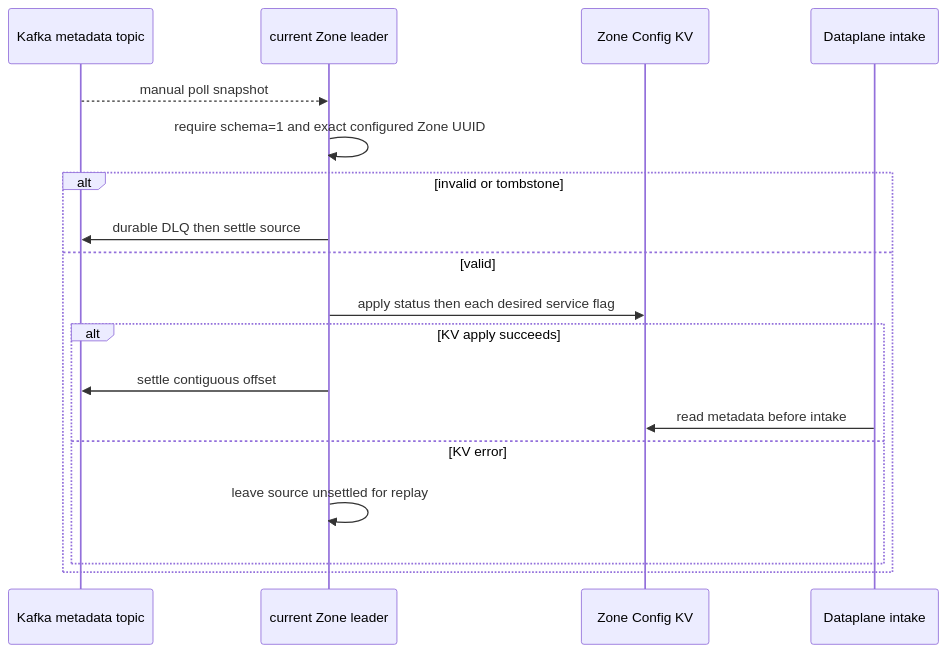
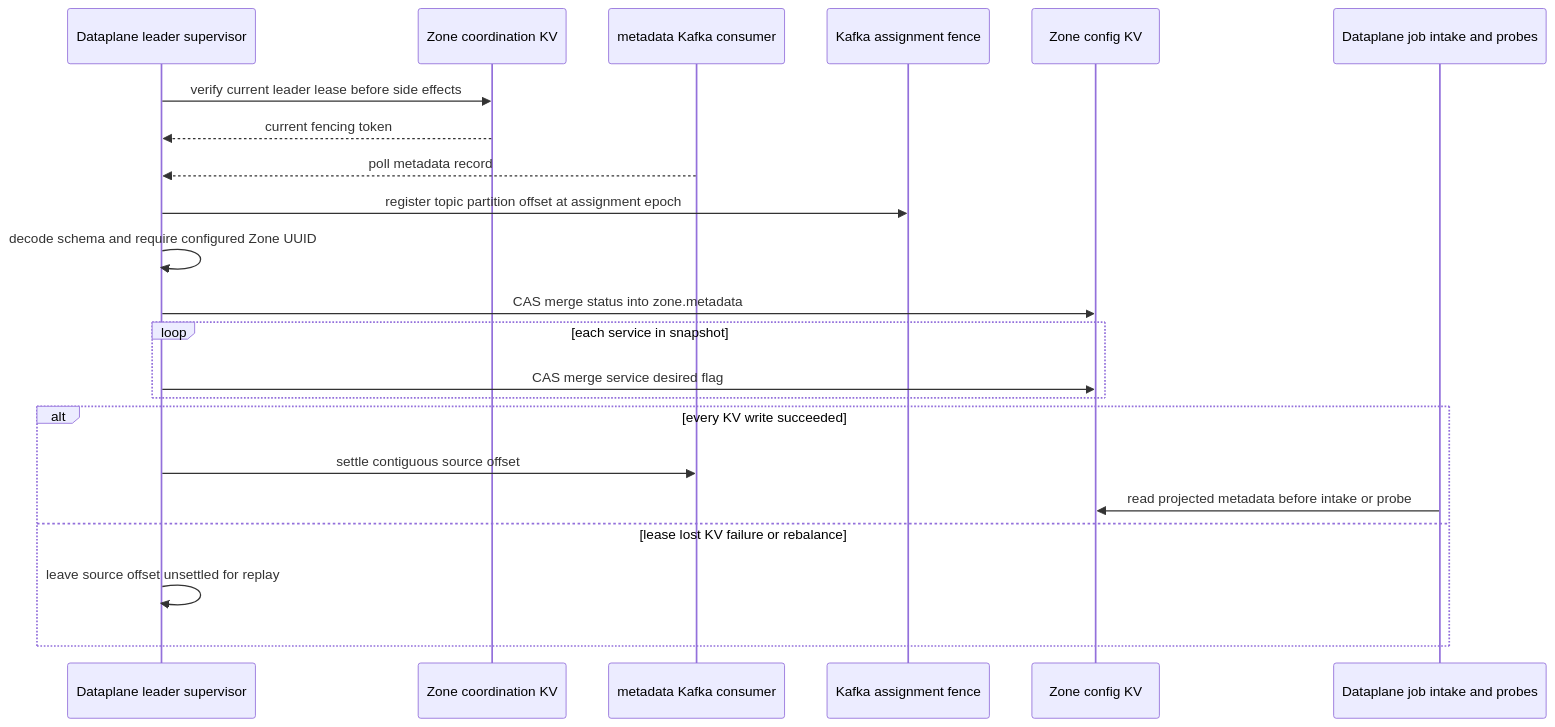
Before and after one commit to phucle996/aurora: the third of 3 diagrams in god_view/zone_runtime/zone_metadata_propagation_god_view_workflow.md, drawn with Mermaid. The commit also changed other lines of this file and 68 other files, not shown here.

Commit message:
refactor zone storage transfer and update architecture docs

````diff
--- a/god_view/zone_runtime/zone_metadata_propagation_god_view_workflow.md
+++ b/god_view/zone_runtime/zone_metadata_propagation_god_view_workflow.md
@@ -57,20 +168,25 @@
 ```mermaid
 sequenceDiagram
-    participant K as Kafka metadata topic
-    participant L as current Zone leader
-    participant KV as Zone Config KV
-    participant D as Dataplane intake
-    K-->>L: manual poll snapshot
-    L->>L: require schema=1 and exact configured Zone UUID
-    alt invalid or tombstone
-        L->>K: durable DLQ then settle source
-    else valid
-        L->>KV: apply status then each desired service flag
-        alt KV apply succeeds
-            L->>K: settle contiguous offset
-            D->>KV: read metadata before intake
-        else KV error
-            L->>L: leave source unsettled for replay
-        end
+    participant LE as Dataplane leader supervisor
+    participant CKV as Zone coordination KV
+    participant KC as metadata Kafka consumer
+    participant KF as Kafka assignment fence
+    participant KV as Zone config KV
+    participant IN as Dataplane job intake and probes
+
+    LE->>CKV: verify current leader lease before side effects
+    CKV-->>LE: current fencing token
+    KC-->>LE: poll metadata record
+    LE->>KF: register topic partition offset at assignment epoch
+    LE->>LE: decode schema and require configured Zone UUID
+    LE->>KV: CAS merge status into zone.metadata
+    loop each service in snapshot
+        LE->>KV: CAS merge service desired flag
+    end
+    alt every KV write succeeded
+        LE->>KC: settle contiguous source offset
+        IN->>KV: read projected metadata before intake or probe
+    else lease lost KV failure or rebalance
+        LE->>LE: leave source offset unsettled for replay
     end
 ```
````
